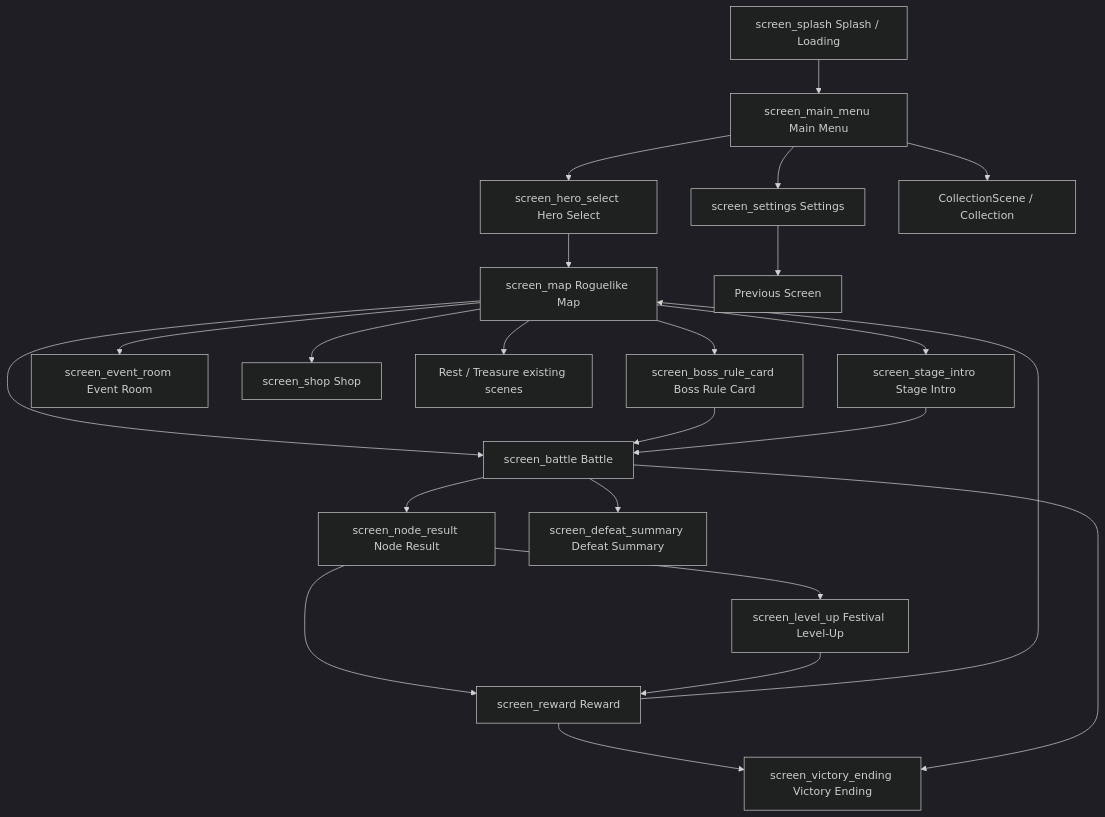
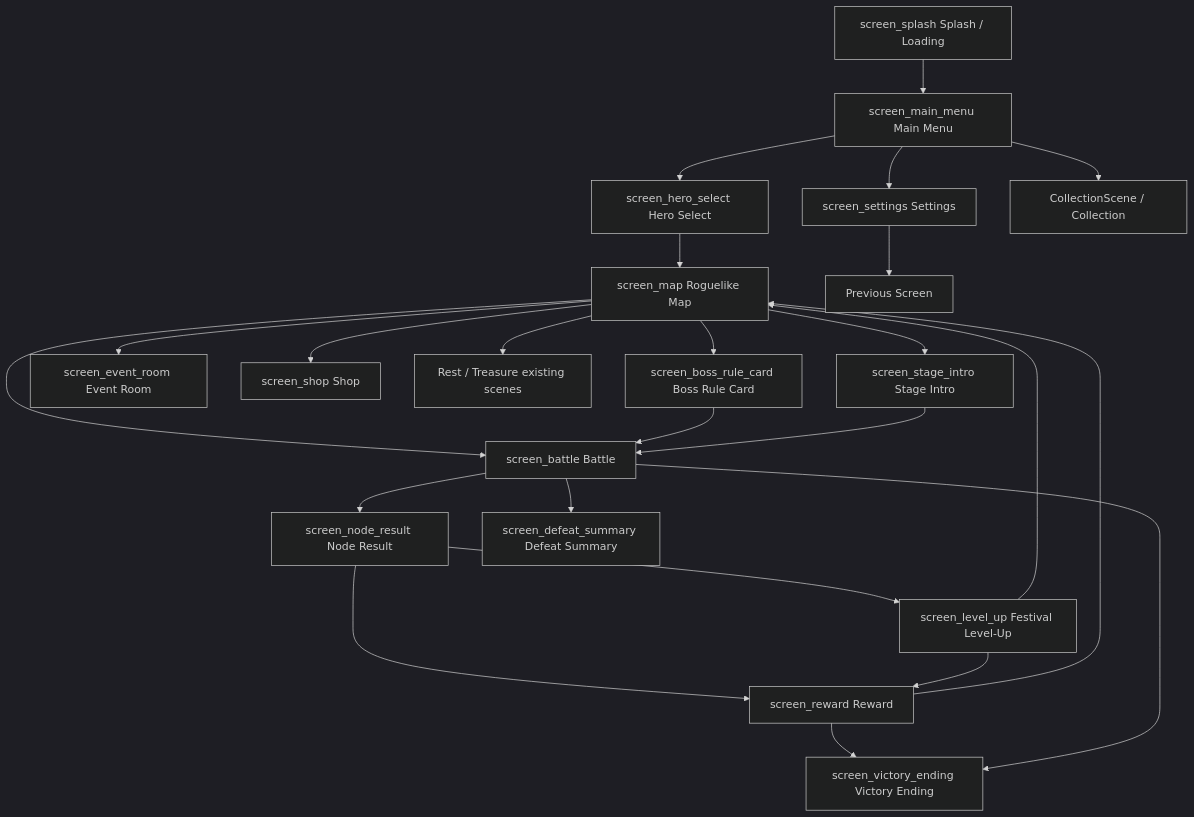
The diagram in docs/ui/codegraph/BLOCKMANCER_UI_SCREEN_FLOW_GRAPH.md (Witchester/Blockmancer-games), drawn with Mermaid (dark theme) before and after one commit. The commit also changed other lines of this file and 22 other files, not shown here.

````diff
--- a/docs/ui/codegraph/BLOCKMANCER_UI_SCREEN_FLOW_GRAPH.md
+++ b/docs/ui/codegraph/BLOCKMANCER_UI_SCREEN_FLOW_GRAPH.md
@@ -15,25 +15,26 @@
 ```mermaid
 flowchart TD
   Splash[screen_splash Splash / Loading] --> MainMenu[screen_main_menu Main Menu]
   MainMenu --> HeroSelect[screen_hero_select Hero Select]
   MainMenu --> Settings[screen_settings Settings]
   MainMenu --> Collection[CollectionScene / Collection]
   HeroSelect --> Map[screen_map Roguelike Map]
   Map --> StageIntro[screen_stage_intro Stage Intro]
   Map --> Battle[screen_battle Battle]
   Map --> EventRoom[screen_event_room Event Room]
   Map --> Shop[screen_shop Shop]
   Map --> RestTreasure[Rest / Treasure existing scenes]
   Map --> BossRule[screen_boss_rule_card Boss Rule Card]
   BossRule --> Battle
   StageIntro --> Battle
   Battle --> NodeResult[screen_node_result Node Result]
   NodeResult --> LevelUp[screen_level_up Festival Level-Up]
   NodeResult --> Reward[screen_reward Reward]
   LevelUp --> Reward
+  LevelUp --> Map
   Reward --> Map
   Battle --> Defeat[screen_defeat_summary Defeat Summary]
   Reward --> Victory[screen_victory_ending Victory Ending]
   Battle --> Victory
   Settings --> Previous[Previous Screen]
 ```
````
